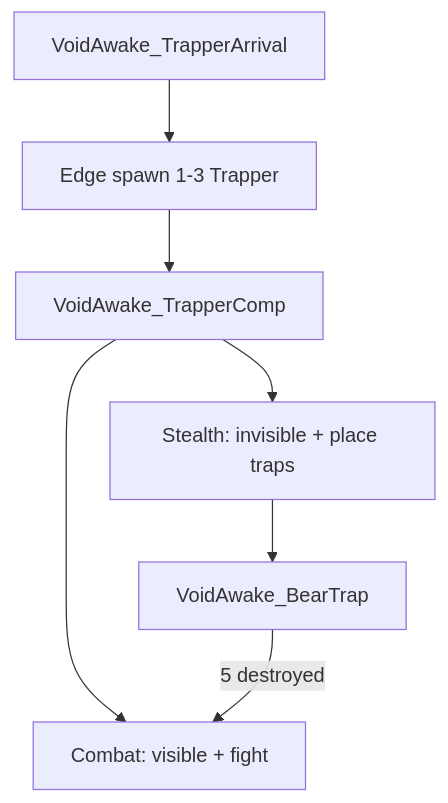
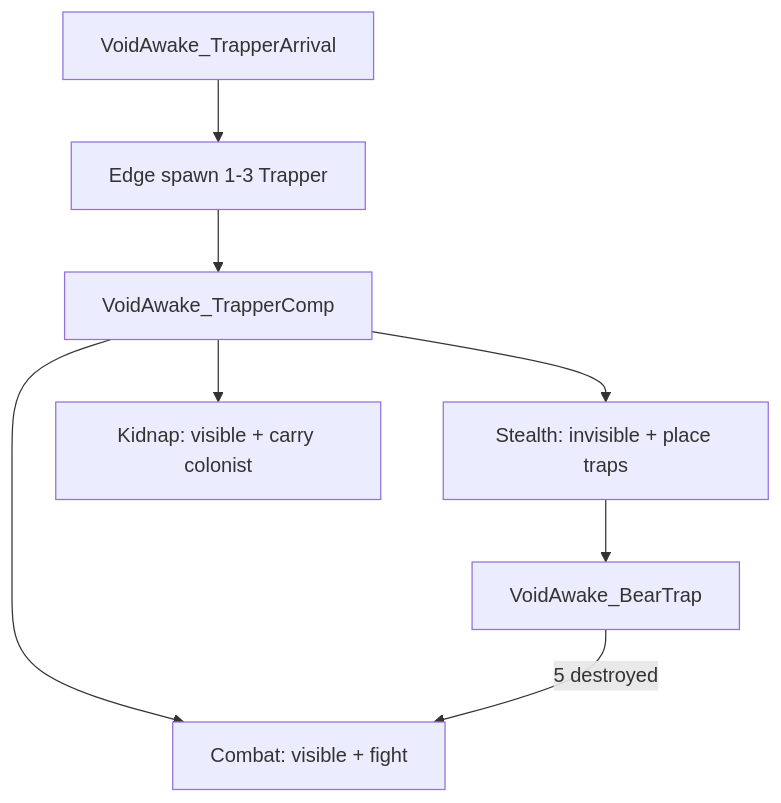
One commit to WlLL1204/VoidAwake changed the first of 5 diagrams in Docs/Trapper.md. Above: the diagram before and after it, drawn with Mermaid. The commit also changed other lines of this file and 11 other files, not shown here.

````diff
--- a/Docs/Trapper.md
+++ b/Docs/Trapper.md
@@ -14,15 +14,17 @@
 ```mermaid
 flowchart TB
   Incident[VoidAwake_TrapperArrival]
   Spawn[Edge spawn 1-3 Trapper]
   Comp[VoidAwake_TrapperComp]
   Stealth[Stealth: invisible + place traps]
+  Kidnap[Kidnap: visible + carry colonist]
   Combat[Combat: visible + fight]
   Trap[VoidAwake_BearTrap]
 
   Incident --> Spawn --> Comp
   Comp --> Stealth
+  Comp --> Kidnap
   Comp --> Combat
   Stealth --> Trap
   Trap -->|5 destroyed| Combat
 ```
````
